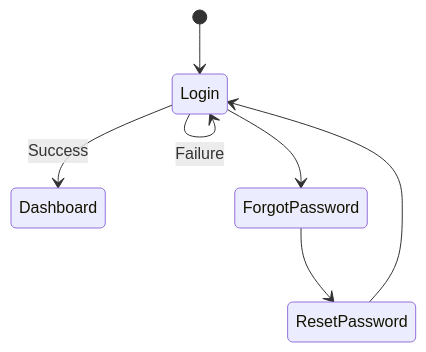
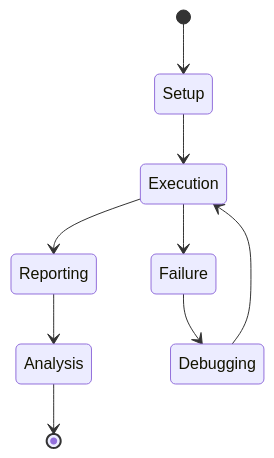
Before and after one commit to IIITLucknowSWEngg/CSITTeam011: the seventh of 10 diagrams in Test.md, drawn with Mermaid. The commit also changed other lines of this file, not shown here.

````diff
--- a/Test.md
+++ b/Test.md
@@ -106,9 +253,12 @@
 ```mermaid
 stateDiagram-v2
-    [*] --> Login
-    Login --> Dashboard: Success
-    Login --> Login: Failure
-    Login --> ForgotPassword
-    ForgotPassword --> ResetPassword
-    ResetPassword --> Login
+    [*] --> Setup
+    Setup --> Execution
+    Execution --> Reporting
+    Reporting --> Analysis
+    Analysis --> [*]
+    
+    Execution --> Failure
+    Failure --> Debugging
+    Debugging --> Execution
 ```
````
